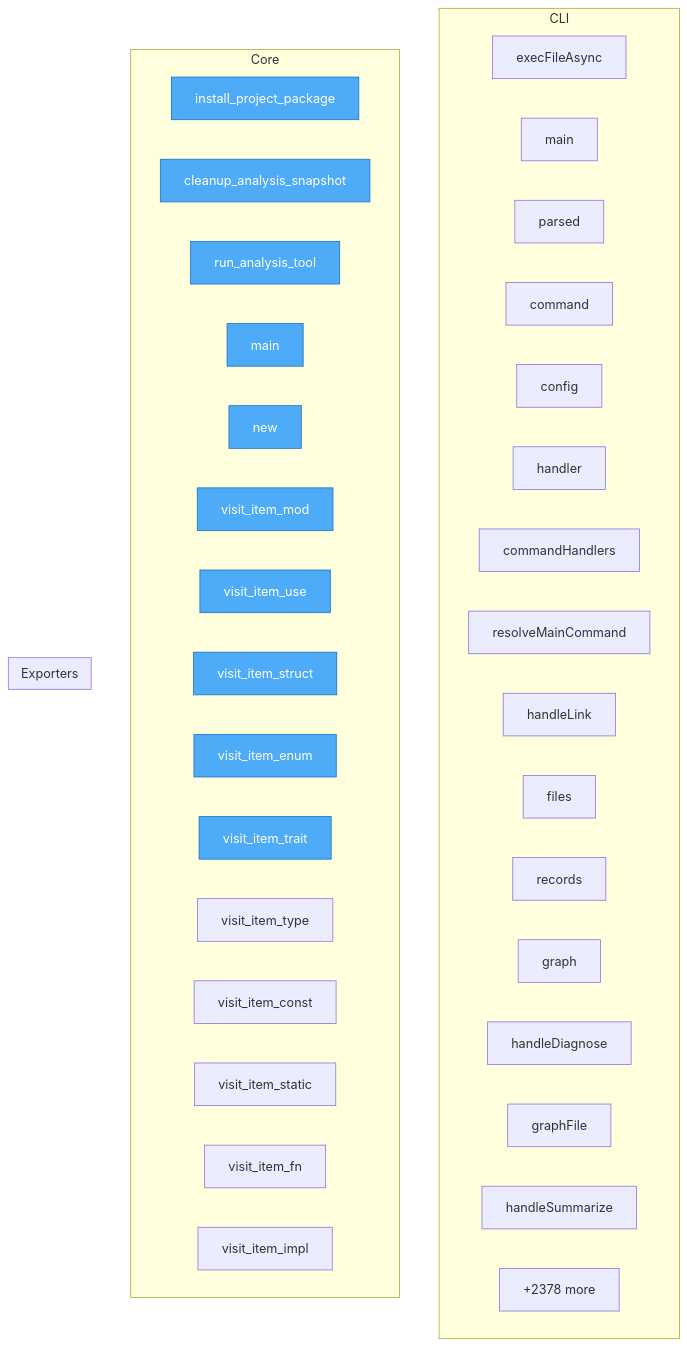
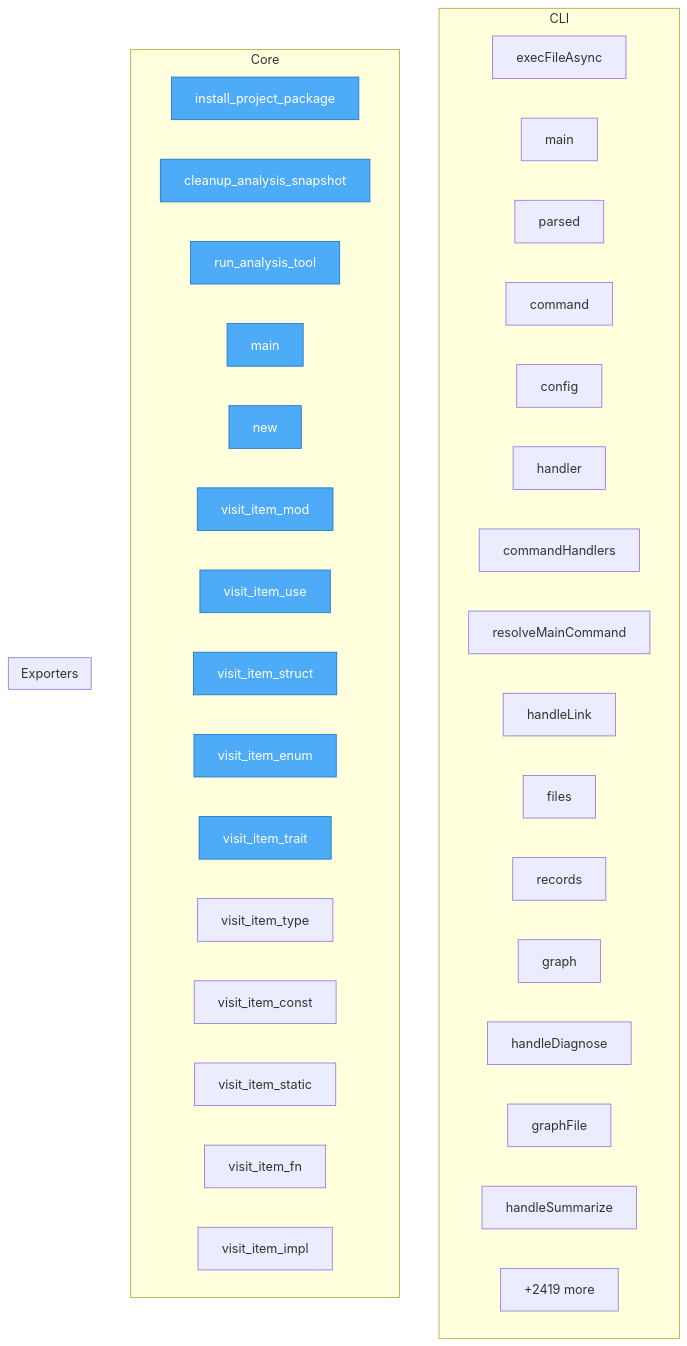
One commit to autogrammar/todo2code changed the diagram in project/flow.mmd. Above: the diagram before and after it, drawn with Mermaid. The commit also changed 20 other files, not shown here.

Commit message:
fix: restore todo patch contracts and reranker schema guard

```diff
--- a/project/flow.mmd
+++ b/project/flow.mmd
@@ -1,48 +1,48 @@
 flowchart TD
 %% generated in 0.04s
 
     %% Entry points (blue)
     classDef entry fill:#4dabf7,stroke:#1971c2,color:#fff
 
     subgraph CLI
         src__cli__execFileAsync["execFileAsync"]
         src__cli__main["main"]
         src__cli__parsed["parsed"]
         src__cli__command["command"]
         src__cli__config["config"]
         src__cli__handler["handler"]
         src__cli__commandHandlers["commandHandlers"]
         src__cli__resolveMainCommand["resolveMainCommand"]
         src__cli__handleLink["handleLink"]
         src__cli__files["files"]
         src__cli__records["records"]
         src__cli__graph["graph"]
         src__cli__handleDiagnose["handleDiagnose"]
         src__cli__graphFile["graphFile"]
         src__cli__handleSummarize["handleSummarize"]
         ...["+109 more"]
     end
 
     subgraph Core
         project__install_project_package["install_project_package"]
         project__cleanup_analysis_snapshot["cleanup_analysis_snapshot"]
         project__run_analysis_tool["run_analysis_tool"]
         rust_ast__src__main__main["main"]
         rust_ast__src__main__new["new"]
         rust_ast__src__main__visit_item_mod["visit_item_mod"]
         rust_ast__src__main__visit_item_use["visit_item_use"]
         rust_ast__src__main__visit_item_struct["visit_item_struct"]
         rust_ast__src__main__visit_item_enum["visit_item_enum"]
         rust_ast__src__main__visit_item_trait["visit_item_trait"]
         rust_ast__src__main__visit_item_type["visit_item_type"]
         rust_ast__src__main__visit_item_const["visit_item_const"]
         rust_ast__src__main__visit_item_static["visit_item_static"]
         rust_ast__src__main__visit_item_fn["visit_item_fn"]
         rust_ast__src__main__visit_item_impl["visit_item_impl"]
-        ...["+2378 more"]
+        ...["+2419 more"]
     end
 
     subgraph Exporters
     end
 
     class project__install_project_package,project__cleanup_analysis_snapshot,project__run_analysis_tool,rust_ast__src__main__main,rust_ast__src__main__new,rust_ast__src__main__visit_item_mod,rust_ast__src__main__visit_item_use,rust_ast__src__main__visit_item_struct,rust_ast__src__main__visit_item_enum,rust_ast__src__main__visit_item_trait entry
```
